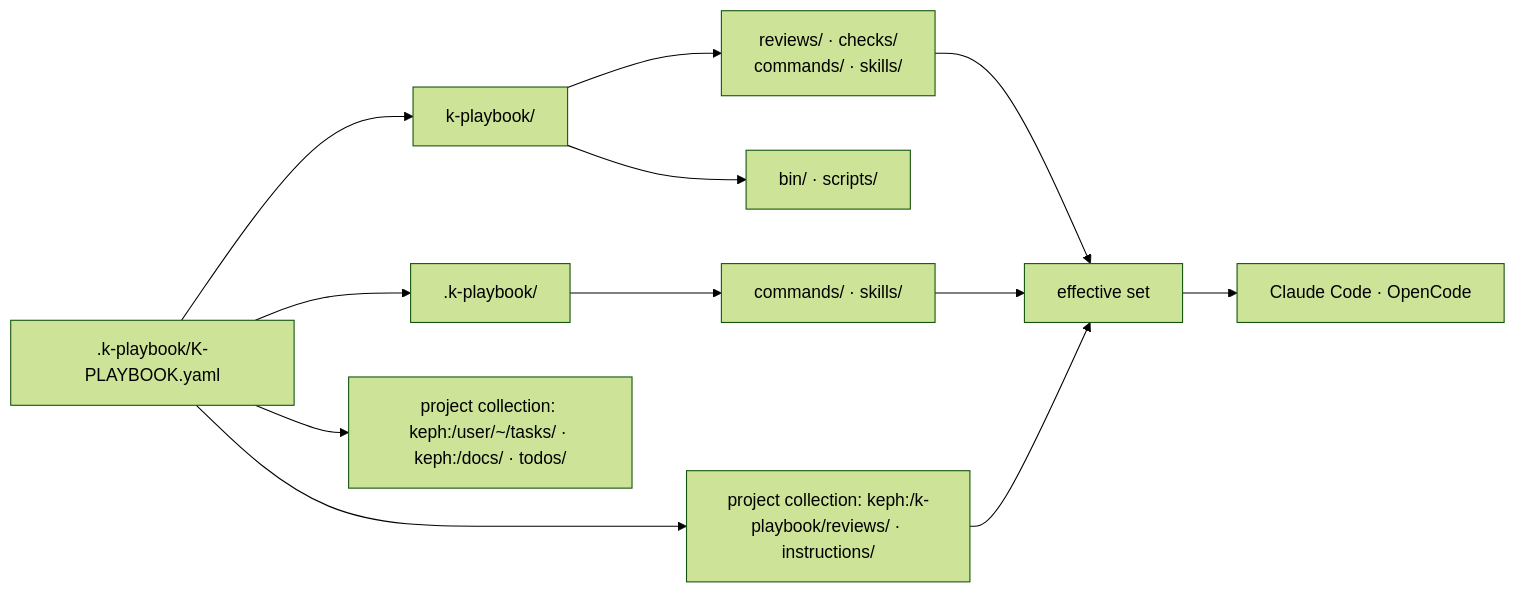
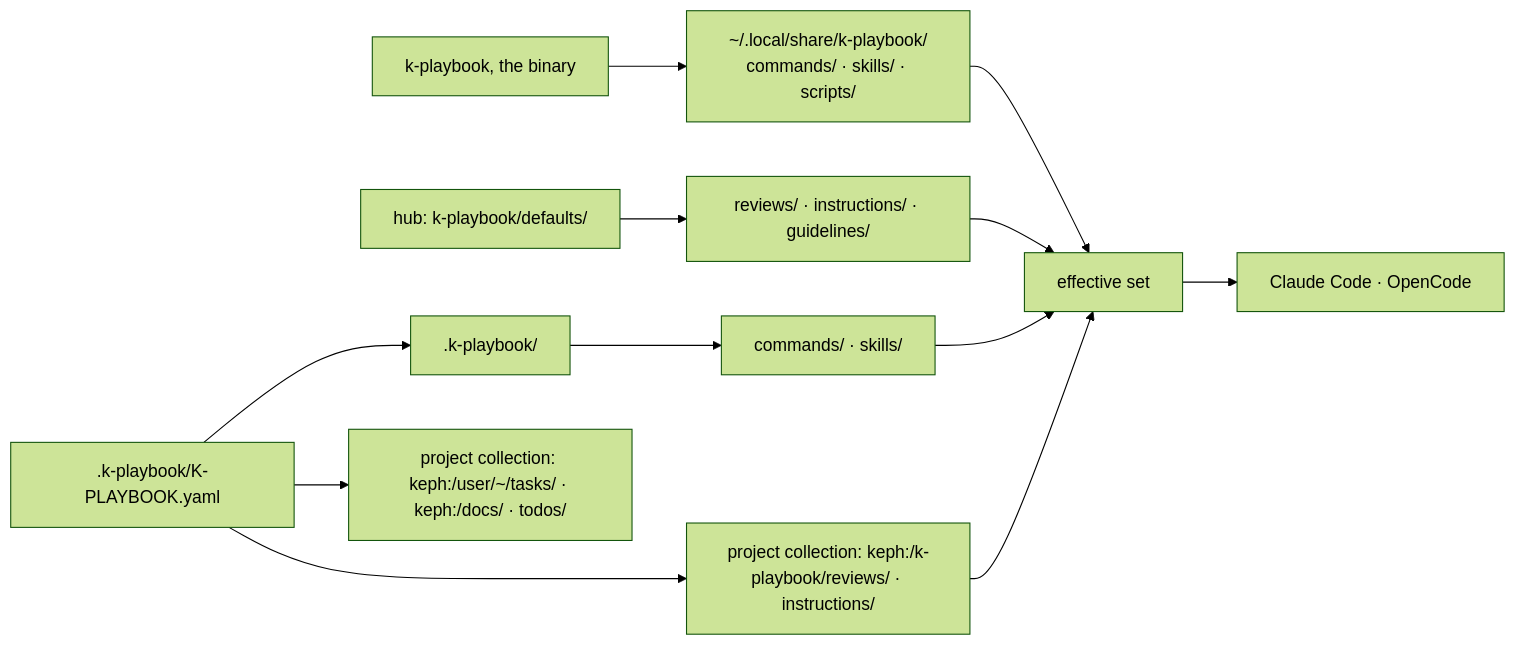
The first of 3 diagrams in defaults/docs/handbook/manual.md (kascada/k-playbook), drawn with Mermaid (forest theme) before and after one commit. The commit also changed other lines of this file and 153 other files, not shown here.

````diff
--- a/defaults/docs/handbook/manual.md
+++ b/defaults/docs/handbook/manual.md
@@ -42,18 +48,17 @@
 ```mermaid
 flowchart LR
-    Anchor[".k-playbook/K-PLAYBOOK.yaml"] --> Playbook["k-playbook/"]
-    Anchor --> Project[".k-playbook/"]
-
-    Playbook --> Base["reviews/ · checks/<br>commands/ · skills/"]
-    Playbook --> Tool["bin/ · scripts/"]
+    Binary["k-playbook, the binary"] --> Share["~/.local/share/k-playbook/<br>commands/ · skills/ · scripts/"]
+    Hub["hub: k-playbook/defaults/"] --> Base["reviews/ · instructions/ · guidelines/"]
+    Anchor[".k-playbook/K-PLAYBOOK.yaml"] --> Project[".k-playbook/"]
 
     Project --> Overlay["commands/ · skills/"]
     Anchor --> Layer["project collection: keph:/k-playbook/reviews/ · instructions/"]
     Anchor --> Collection["project collection: keph:/user/~/tasks/ · keph:/docs/ · todos/"]
 
-    Base --> Effective["effective set"]
+    Share --> Effective["effective set"]
+    Base --> Effective
     Overlay --> Effective
     Layer --> Effective
 
     Effective --> Assistant["Claude Code · OpenCode"]
 ```
````
